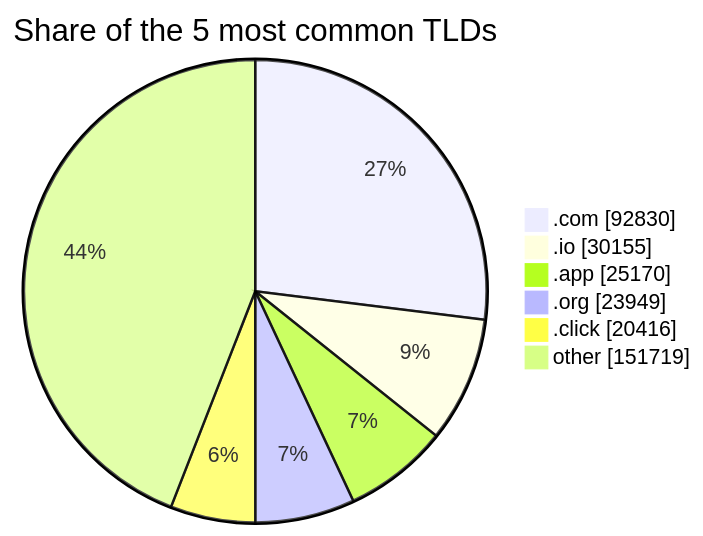
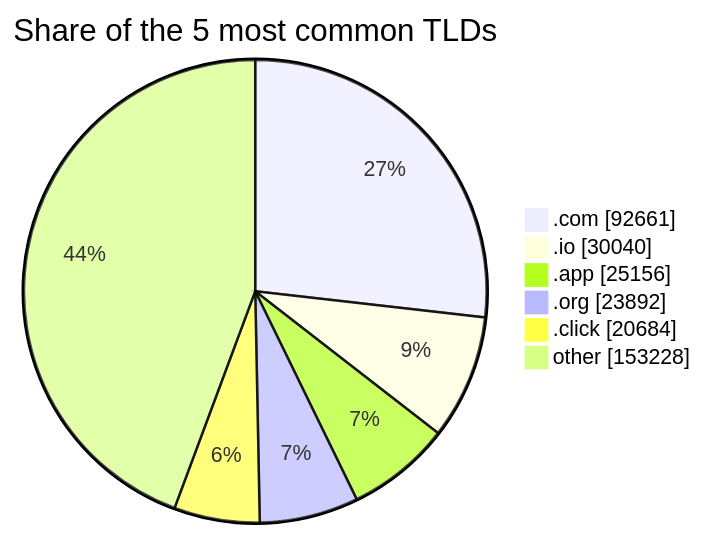
The third of 3 diagrams in README.md (DNSBunker/CTI), drawn with Mermaid before and after one commit. The commit also changed other lines of this file and 4 other files, not shown here.

````diff
--- a/README.md
+++ b/README.md
@@ -81,9 +81,9 @@
 ```mermaid
 pie showData title Share of the 5 most common TLDs
-    ".com" : 92830
-    ".io" : 30155
-    ".app" : 25170
-    ".org" : 23949
-    ".click" : 20416
-    "other" : 151719
+    ".com" : 92661
+    ".io" : 30040
+    ".app" : 25156
+    ".org" : 23892
+    ".click" : 20684
+    "other" : 153228
 ```
````
